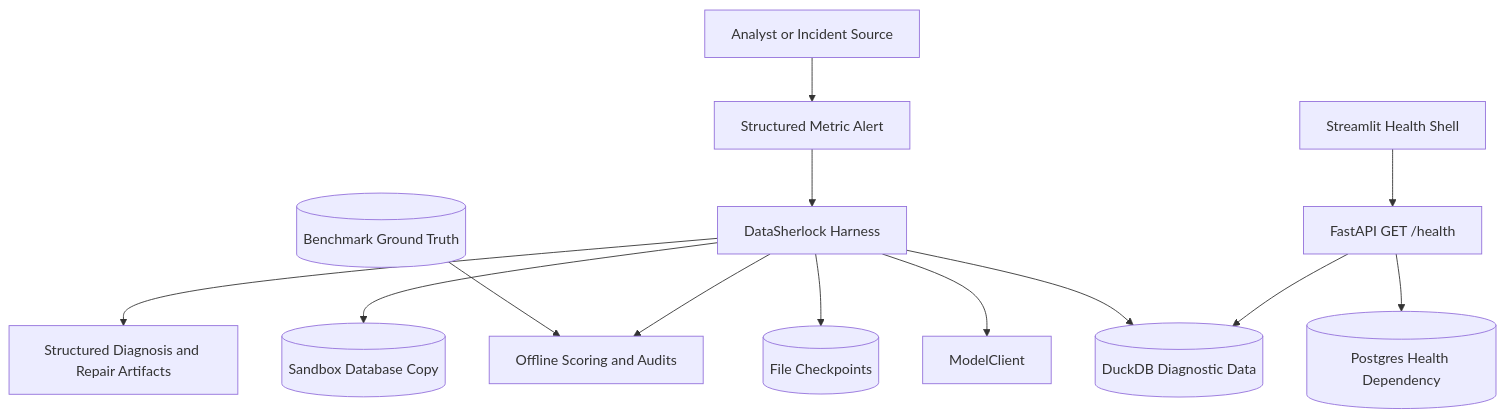
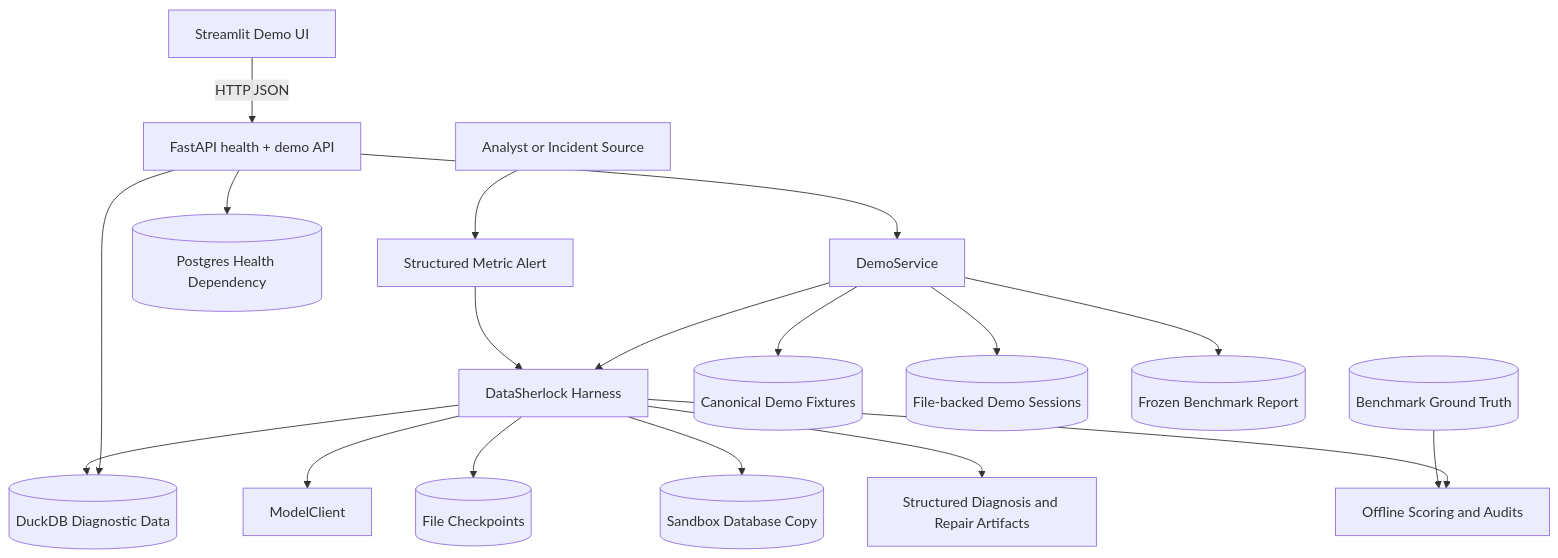
The first of 3 diagrams in docs/architecture/system_overview.md (zy8389/datasherlock-harness), drawn with Mermaid before and after one commit. The commit also changed other lines of this file and 5 other files, not shown here.

````diff
--- a/docs/architecture/system_overview.md
+++ b/docs/architecture/system_overview.md
@@ -16,15 +18,20 @@
 ```mermaid
 flowchart TB
     U[Analyst or Incident Source] --> A[Structured Metric Alert]
     A --> H[DataSherlock Harness]
     H --> D[(DuckDB Diagnostic Data)]
     H --> M[ModelClient]
     H --> C[(File Checkpoints)]
     H --> S[(Sandbox Database Copy)]
     H --> O[Structured Diagnosis and Repair Artifacts]
     GT[(Benchmark Ground Truth)] --> B[Offline Scoring and Audits]
     H --> B
-    API[FastAPI GET /health] --> D
+    API[FastAPI health + demo API] --> D
     API --> PG[(Postgres Health Dependency)]
-    UI[Streamlit Health Shell] --> API
+    UI[Streamlit Demo UI] -->|HTTP JSON| API
+    API --> DS[DemoService]
+    DS --> H
+    DS --> FX[(Canonical Demo Fixtures)]
+    DS --> FS[(File-backed Demo Sessions)]
+    DS --> FB[(Frozen Benchmark Report)]
 ```
````
